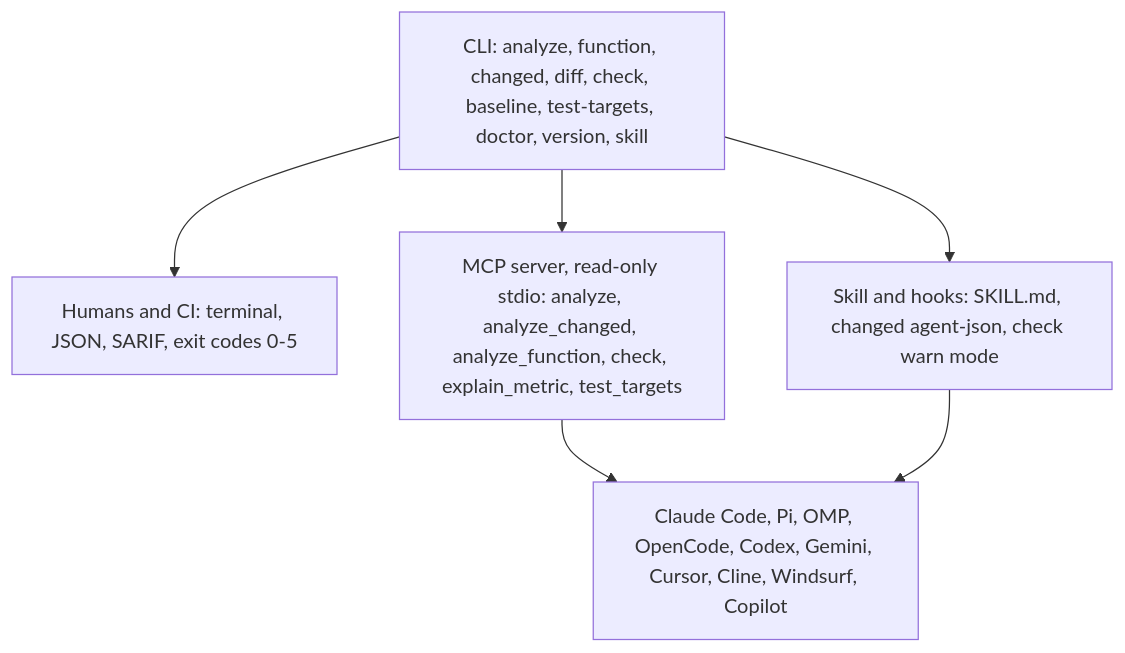
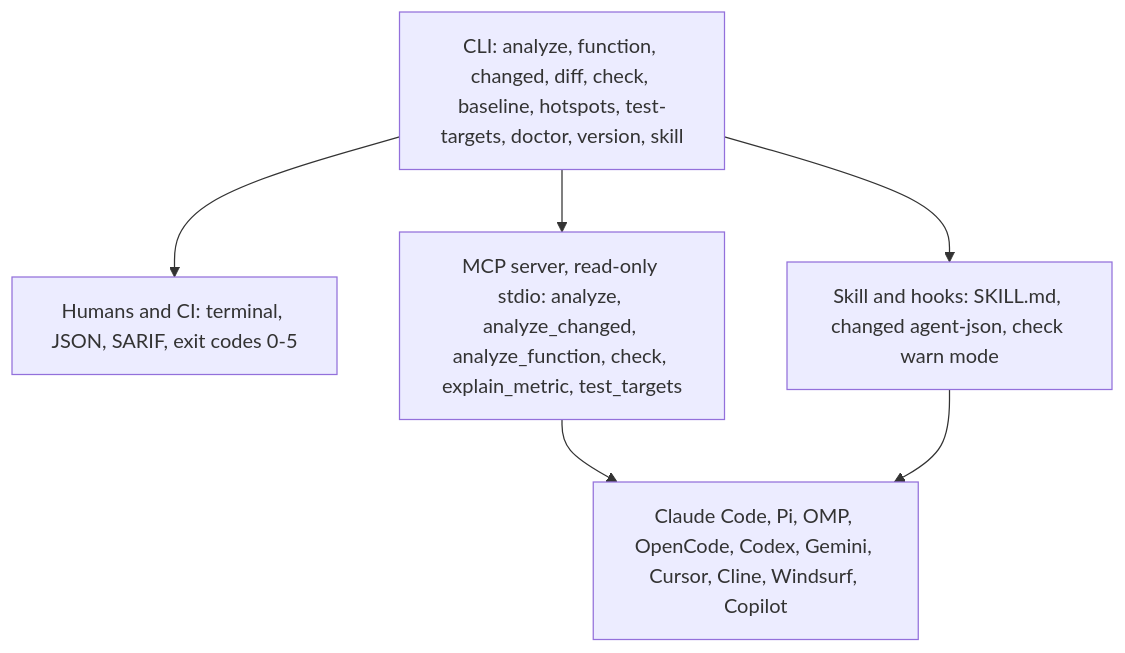
The second of 3 diagrams in README.md (jbt95/leadline), drawn with Mermaid before and after one commit. The commit also changed other lines of this file and 10 other files, not shown here.

First line of the commit message:
docs: document Git analytics, hotspots, and the analytics roadmap

````diff
--- a/README.md
+++ b/README.md
@@ -88,9 +88,9 @@
 ```mermaid
 flowchart TD
-    CLI["CLI: analyze, function, changed, diff, check, baseline, test-targets, doctor, version, skill"]
+    CLI["CLI: analyze, function, changed, diff, check, baseline, hotspots, test-targets, doctor, version, skill"]
     CLI --> Human["Humans and CI: terminal, JSON, SARIF, exit codes 0-5"]
     CLI --> MCP["MCP server, read-only stdio: analyze, analyze_changed, analyze_function, check, explain_metric, test_targets"]
     MCP --> Harnesses["Claude Code, Pi, OMP, OpenCode, Codex, Gemini, Cursor, Cline, Windsurf, Copilot"]
     CLI --> Skill["Skill and hooks: SKILL.md, changed agent-json, check warn mode"]
     Skill --> Harnesses
 ```
````
